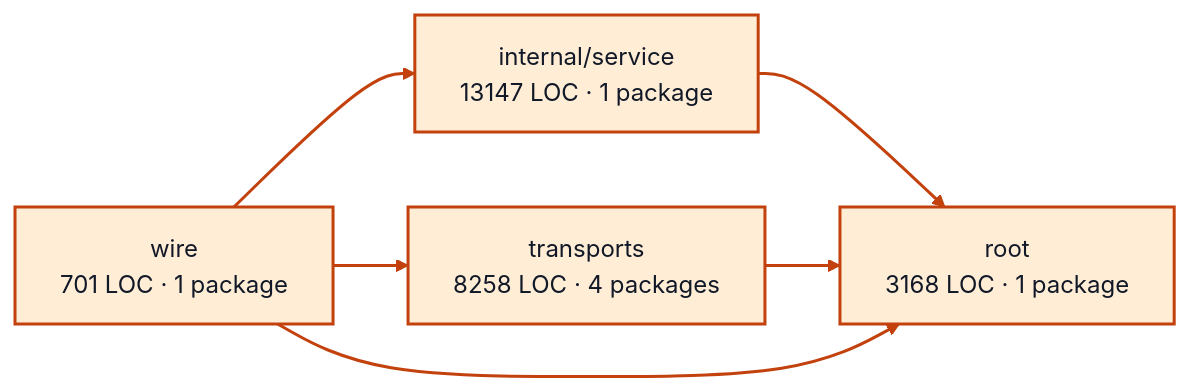
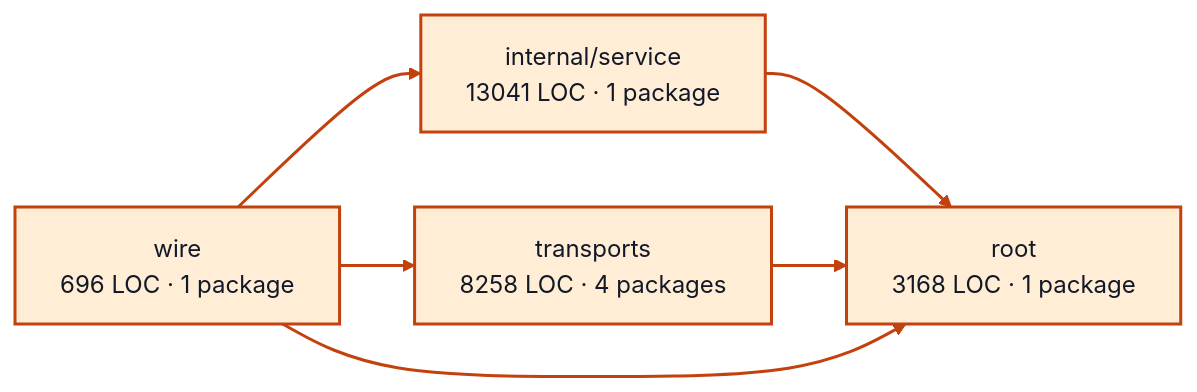
One commit to portpowered/you-agent-factory changed the diagram in docs/architecture/visualizations/services/worker_sessions.md. Above: the diagram before and after it, drawn with Mermaid. The commit also changed other lines of this file and 20 other files, not shown here.

Commit message:
docs: refresh backend architecture visualizations

````diff
--- a/docs/architecture/visualizations/services/worker_sessions.md
+++ b/docs/architecture/visualizations/services/worker_sessions.md
@@ -11,17 +11,17 @@
 ```mermaid
 flowchart LR
-  p0["internal/service<br/>13147 LOC · 1 package"]
+  p0["internal/service<br/>13041 LOC · 1 package"]
   p1["root<br/>3168 LOC · 1 package"]
   p2["transports<br/>8258 LOC · 4 packages"]
-  p3["wire<br/>701 LOC · 1 package"]
+  p3["wire<br/>696 LOC · 1 package"]
   p0 --> p1
   p2 --> p1
   p3 --> p0
   p3 --> p1
   p3 --> p2
   style p0 fill:#ffedd5,stroke:#c2410c,stroke-width:2px,color:#111827
   style p1 fill:#ffedd5,stroke:#c2410c,stroke-width:2px,color:#111827
   style p2 fill:#ffedd5,stroke:#c2410c,stroke-width:2px,color:#111827
   style p3 fill:#ffedd5,stroke:#c2410c,stroke-width:2px,color:#111827
   linkStyle default stroke:#c2410c,stroke-width:2px
 ```
````
